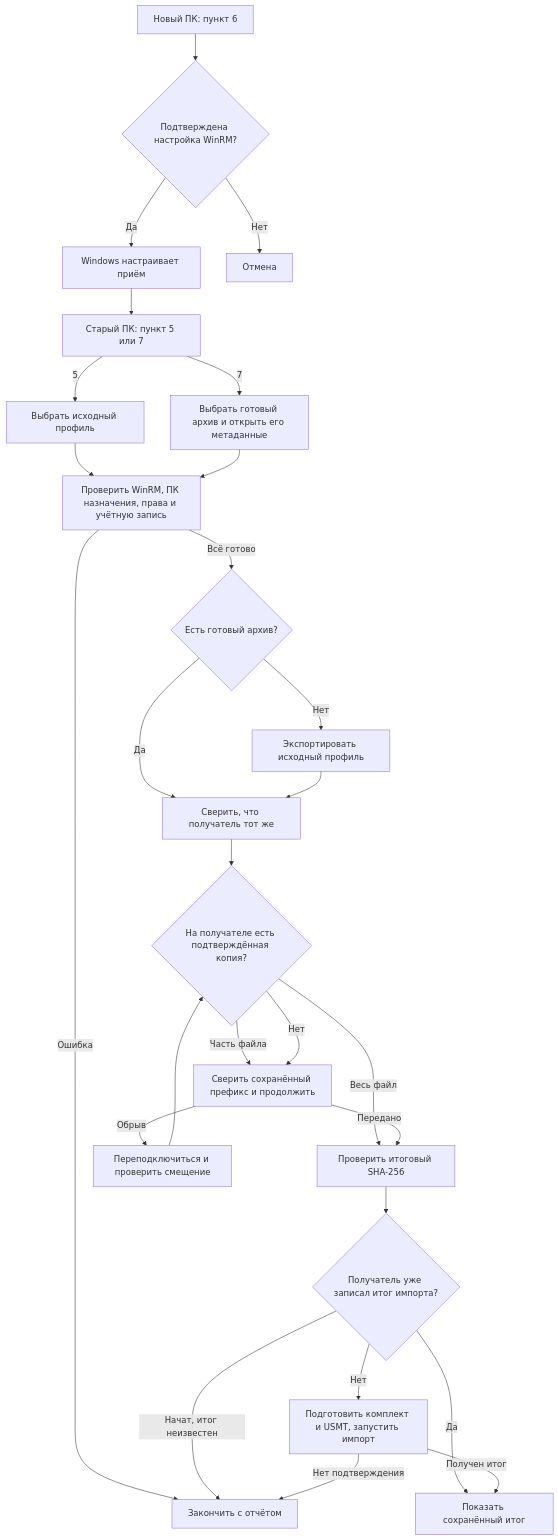
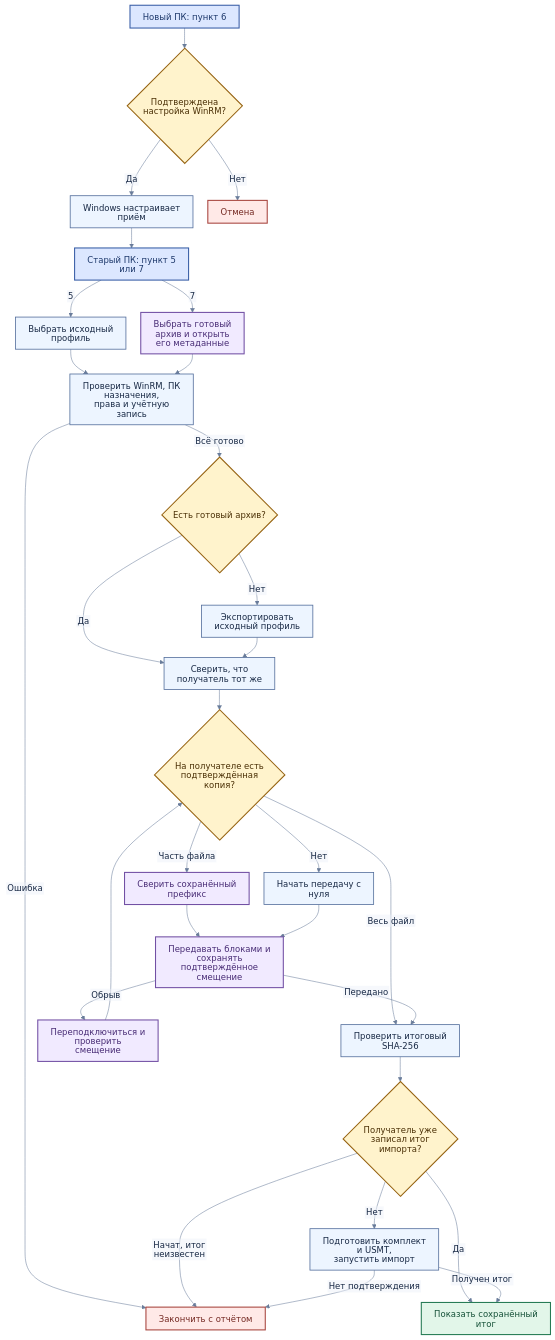
The fifth of 7 diagrams in TECHNICAL.md (Arhivater/WindowsProfileMigration), drawn with Mermaid before and after one commit. The commit also changed other lines of this file and 5 other files, not shown here.

Commit message:
Оформить блок-схемы и добавить просмотр из ZIP [skip ci]

````diff
--- a/TECHNICAL.md
+++ b/TECHNICAL.md
@@ -136,29 +248,57 @@
 ```mermaid
+---
+config:
+  theme: base
+  htmlLabels: false
+  themeVariables:
+    fontFamily: "Inter, Segoe UI, sans-serif"
+    lineColor: "#697c9a"
+    edgeLabelBackground: "#eef2fa"
+    primaryTextColor: "#182945"
+  flowchart:
+    nodeSpacing: 28
+    rankSpacing: 38
+    padding: 12
+    curve: basis
+---
 flowchart TD
     A["Новый ПК: пункт 6"] --> B{"Подтверждена настройка WinRM?"}
     B -->|Да| C["Windows настраивает приём"]
     B -->|Нет| Z["Отмена"]
     C --> D["Старый ПК: пункт 5 или 7"]
     D -->|5| E["Выбрать исходный профиль"]
-    D -->|7| F["Выбрать готовый архив и открыть его метаданные"]
-    E --> G["Проверить WinRM, ПК назначения, права и учётную запись"]
+    D -->|7| F["Выбрать готовый архив и открыть<br/>его метаданные"]
+    E --> G["Проверить WinRM, ПК назначения,<br/>права и учётную запись"]
     F --> G
     G -->|Ошибка| X["Закончить с отчётом"]
     G -->|Всё готово| H{"Есть готовый архив?"}
     H -->|Нет| I["Экспортировать исходный профиль"]
     H -->|Да| J["Сверить, что получатель тот же"]
     I --> J
-    J --> K{"На получателе есть подтверждённая копия?"}
-    K -->|Часть файла| L["Сверить сохранённый префикс и продолжить"]
-    K -->|Нет| L
+    J --> K{"На получателе есть<br/>подтверждённая копия?"}
+    K -->|Часть файла| V["Сверить сохранённый префикс"]
+    K -->|Нет| W["Начать передачу с нуля"]
+    V --> L["Передавать блоками и сохранять<br/>подтверждённое смещение"]
+    W --> L
     K -->|Весь файл| M["Проверить итоговый SHA-256"]
-    L -->|Обрыв| N["Переподключиться и проверить смещение"]
+    L -->|Обрыв| N["Переподключиться и проверить<br/>смещение"]
     N --> K
     L -->|Передано| M
-    M --> O{"Получатель уже записал итог импорта?"}
+    M --> O{"Получатель уже записал итог<br/>импорта?"}
     O -->|Да| P["Показать сохранённый итог"]
     O -->|"Начат, итог неизвестен"| X
-    O -->|Нет| Q["Подготовить комплект и USMT, запустить импорт"]
+    O -->|Нет| Q["Подготовить комплект и USMT,<br/>запустить импорт"]
     Q -->|Нет подтверждения| X
     Q -->|Получен итог| P
+    classDef default fill:#edf5ff,stroke:#526d9b,color:#182945,stroke-width:1.5px;
+    classDef entry fill:#dce7ff,stroke:#385da6,color:#1c376a,stroke-width:2px;
+    classDef decision fill:#fff3cc,stroke:#966312,color:#4a2f05,stroke-width:2px;
+    classDef result fill:#e2f6e9,stroke:#257b54,color:#155138,stroke-width:2px;
+    classDef exception fill:#ffe9e7,stroke:#a7443e,color:#742922,stroke-width:2px;
+    classDef recovery fill:#f1eaff,stroke:#7250a4,color:#482c75,stroke-width:2px;
+    class A,D entry;
+    class B,H,K,O decision;
+    class P result;
+    class X,Z exception;
+    class F,L,N,V recovery;
 ```
````
